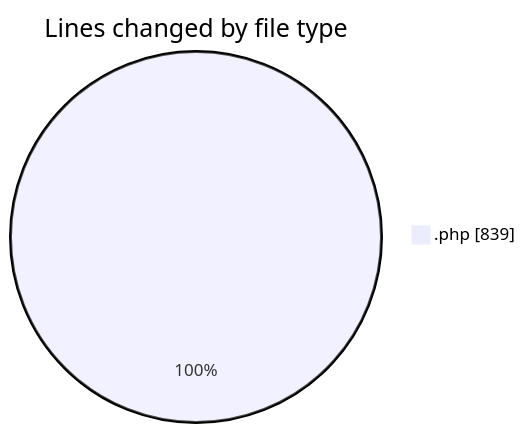
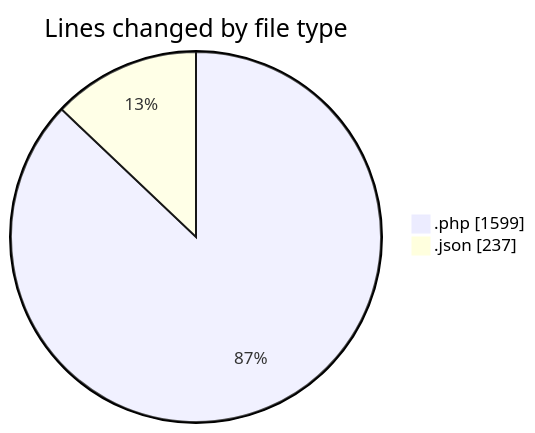
One commit to idhammustaqopulfikri/code-tracking changed the first of 2 diagrams in 2025-06-06/sewa-mobil/README.md. Above: the diagram before and after it, drawn with Mermaid. The commit also changed other lines of this file and 1 other file, not shown here.

````diff
--- a/2025-06-06/sewa-mobil/README.md
+++ b/2025-06-06/sewa-mobil/README.md
@@ -22,5 +24,6 @@
 ```mermaid
 pie showData
 title Lines changed by file type
-".php" : 839
+".php" : 1599
+".json" : 237
 ```
````
